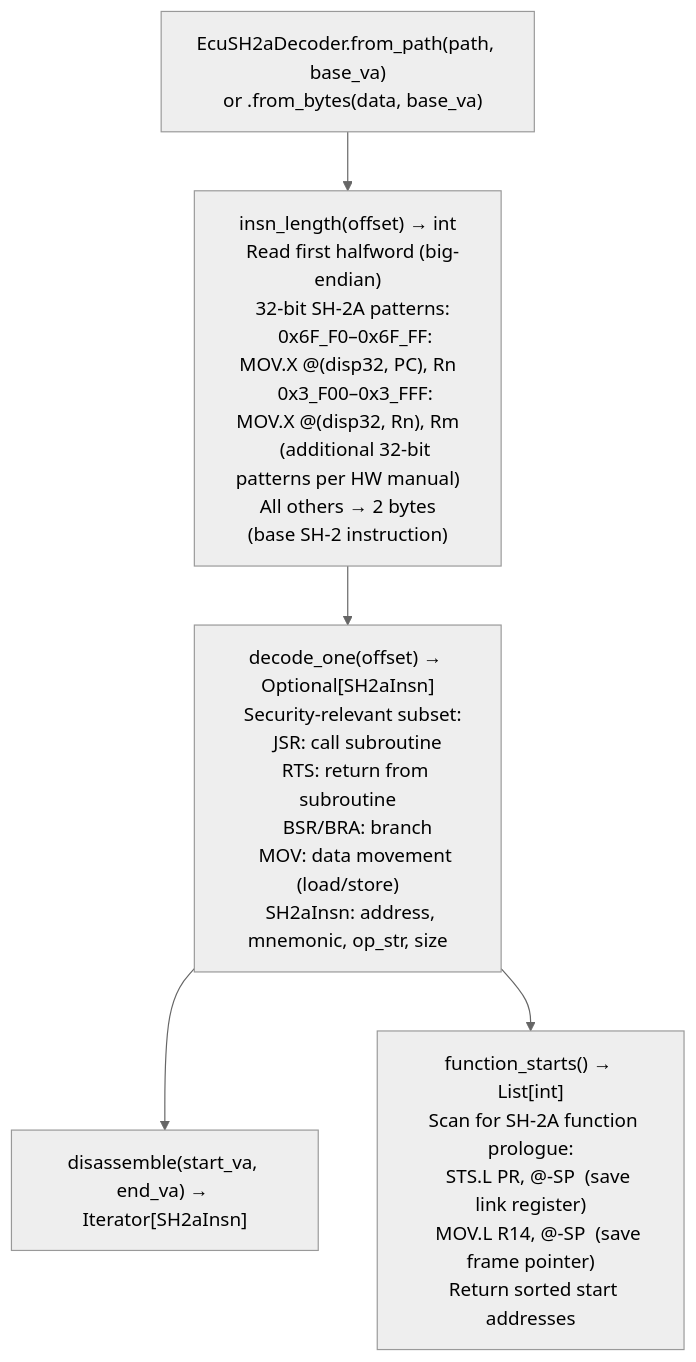
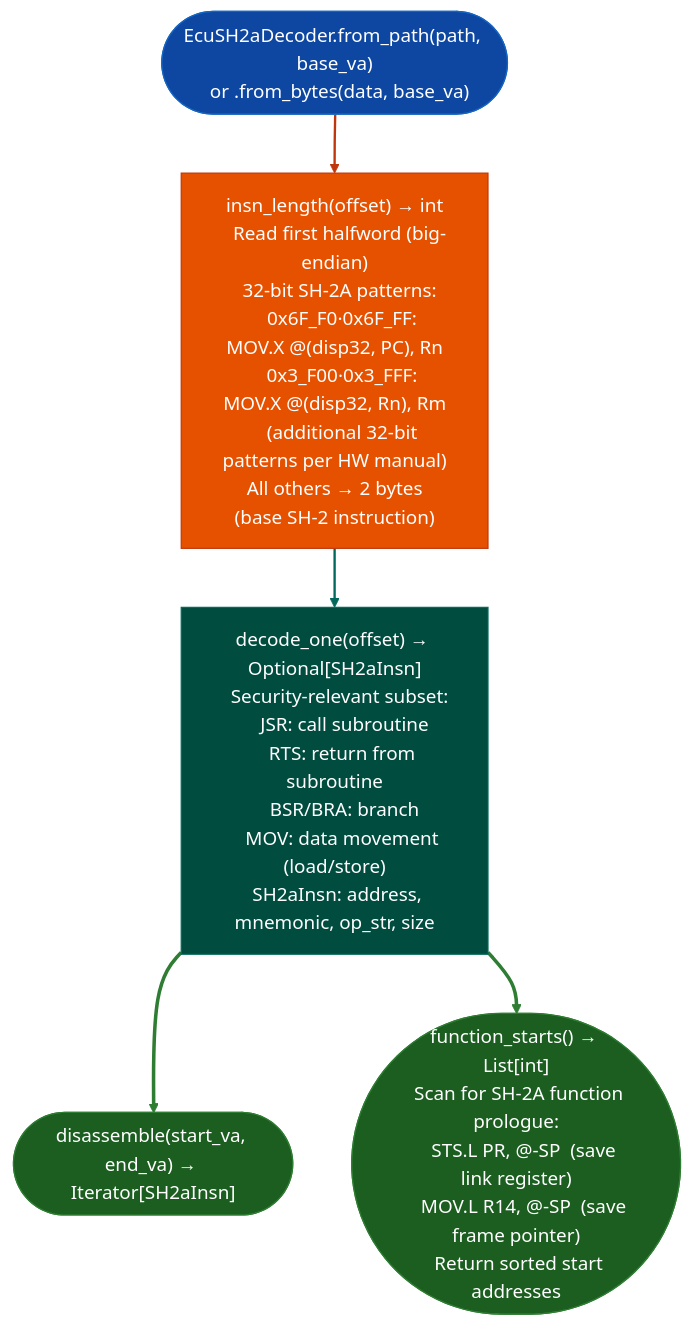
Before and after one commit to Ablation-Tool/ablation: the diagram in docs/reference-modules/renesas-sh-2a-decoding.md, drawn with Mermaid (neutral theme). The commit also changed 320 other files, not shown here.

First line of the commit message:
docs: apply canonical Mermaid template to all 321 diagrams

````diff
--- a/docs/reference-modules/renesas-sh-2a-decoding.md
+++ b/docs/reference-modules/renesas-sh-2a-decoding.md
@@ -19,7 +19,17 @@
 ```mermaid
 flowchart TD
-    A["EcuSH2aDecoder.from_path(path, base_va)\n  or .from_bytes(data, base_va)"] --> B["insn_length(offset) → int\n  Read first halfword (big-endian)\n  32-bit SH-2A patterns:\n    0x6F_F0–0x6F_FF: MOV.X @(disp32, PC), Rn\n    0x3_F00–0x3_FFF: MOV.X @(disp32, Rn), Rm\n    (additional 32-bit patterns per HW manual)\n  All others → 2 bytes  (base SH-2 instruction)"]
-    B --> C["decode_one(offset) → Optional[SH2aInsn]\n  Security-relevant subset:\n    JSR: call subroutine\n    RTS: return from subroutine\n    BSR/BRA: branch\n    MOV: data movement (load/store)\n  SH2aInsn: address, mnemonic, op_str, size"]
-    C --> D["disassemble(start_va, end_va) → Iterator[SH2aInsn]"]
-    C --> E["function_starts() → List[int]\n  Scan for SH-2A function prologue:\n    STS.L PR, @-SP  (save link register)\n    MOV.L R14, @-SP  (save frame pointer)\n  Return sorted start addresses"]
+    A(["EcuSH2aDecoder.from_path(path, base_va)\n  or .from_bytes(data, base_va)"]):::input --> B["insn_length(offset) → int\n  Read first halfword (big-endian)\n  32-bit SH-2A patterns:\n    0x6F_F0·0x6F_FF: MOV.X @(disp32, PC), Rn\n    0x3_F00·0x3_FFF: MOV.X @(disp32, Rn), Rm\n    (additional 32-bit patterns per HW manual)\n  All others → 2 bytes  (base SH-2 instruction)"]:::primary
+    B:::primary --> C["decode_one(offset) → Optional[SH2aInsn]\n  Security-relevant subset:\n    JSR: call subroutine\n    RTS: return from subroutine\n    BSR/BRA: branch\n    MOV: data movement (load/store)\n  SH2aInsn: address, mnemonic, op_str, size"]:::secondary
+    C:::secondary --> D(["disassemble(start_va, end_va) → Iterator[SH2aInsn]"]):::output
+    C:::secondary --> E(["function_starts() → List[int]\n  Scan for SH-2A function prologue:\n    STS.L PR, @-SP  (save link register)\n    MOV.L R14, @-SP  (save frame pointer)\n  Return sorted start addresses"]):::output
+    classDef input     fill:#0d47a1,stroke:#1565c0,color:#fff
+    classDef primary   fill:#e65100,stroke:#bf360c,color:#fff
+    classDef secondary fill:#004d40,stroke:#00695c,color:#fff
+    classDef tertiary  fill:#4a148c,stroke:#6a1b9a,color:#fff
+    classDef neutral   fill:#37474f,stroke:#546e7a,color:#fff
+    classDef output    fill:#1b5e20,stroke:#2e7d32,color:#fff
+    linkStyle 0 stroke:#bf360c,stroke-width:2px
+    linkStyle 1 stroke:#00695c,stroke-width:2px
+    linkStyle 2 stroke:#2e7d32,stroke-width:3px
+    linkStyle 3 stroke:#2e7d32,stroke-width:3px
 ```
````
